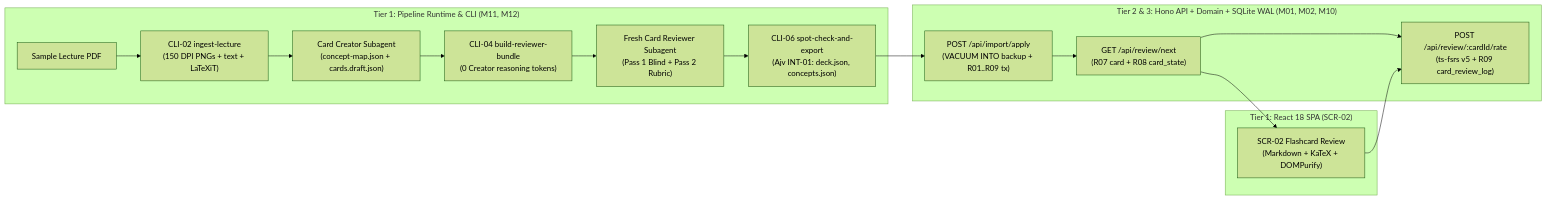
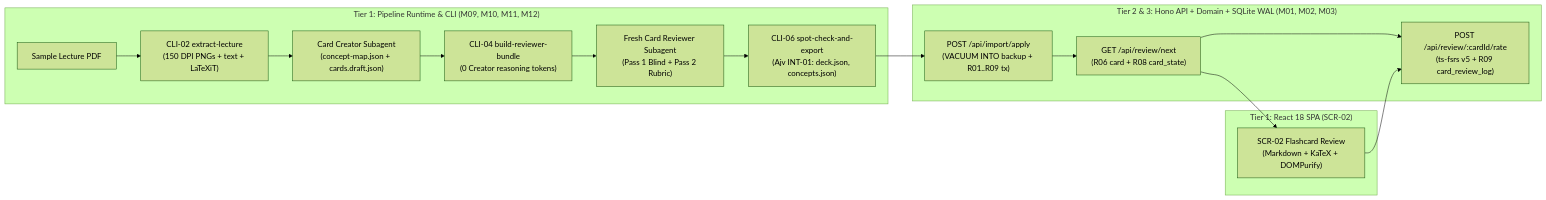
One commit to thomasclarkpersonal-sketch/StudyApp changed the diagram in workbook/03-design/slice-plan.md. Above: the diagram before and after it, drawn with Mermaid (forest theme). The commit also changed other lines of this file and 29 other files, not shown here.

````diff
--- a/workbook/03-design/slice-plan.md
+++ b/workbook/03-design/slice-plan.md
@@ -29,21 +29,21 @@
 ```mermaid
 flowchart LR
-  subgraph Pipeline ["Tier 1: Pipeline Runtime & CLI (M11, M12)"]
-    PDF["Sample Lecture PDF"] --> CLI02["CLI-02 ingest-lecture\n(150 DPI PNGs + text + LaTeXiT)"]
+  subgraph Pipeline ["Tier 1: Pipeline Runtime & CLI (M09, M10, M11, M12)"]
+    PDF["Sample Lecture PDF"] --> CLI02["CLI-02 extract-lecture\n(150 DPI PNGs + text + LaTeXiT)"]
     CLI02 --> CC["Card Creator Subagent\n(concept-map.json + cards.draft.json)"]
     CC --> CLI04["CLI-04 build-reviewer-bundle\n(0 Creator reasoning tokens)"]
     CLI04 --> CR["Fresh Card Reviewer Subagent\n(Pass 1 Blind + Pass 2 Rubric)"]
     CR --> CLI06["CLI-06 spot-check-and-export\n(Ajv INT-01: deck.json, concepts.json)"]
   end
 
-  subgraph Backend ["Tier 2 & 3: Hono API + Domain + SQLite WAL (M01, M02, M10)"]
+  subgraph Backend ["Tier 2 & 3: Hono API + Domain + SQLite WAL (M01, M02, M03)"]
     CLI06 --> IMP["POST /api/import/apply\n(VACUUM INTO backup + R01..R09 tx)"]
-    IMP --> NEXT["GET /api/review/next\n(R07 card + R08 card_state)"]
+    IMP --> NEXT["GET /api/review/next\n(R06 card + R08 card_state)"]
     NEXT --> RATE["POST /api/review/:cardId/rate\n(ts-fsrs v5 + R09 card_review_log)"]
   end
 
   subgraph Frontend ["Tier 1: React 18 SPA (SCR-02)"]
     NEXT --> UI["SCR-02 Flashcard Review\n(Markdown + KaTeX + DOMPurify)"]
     UI --> RATE
   end
 ```
````
